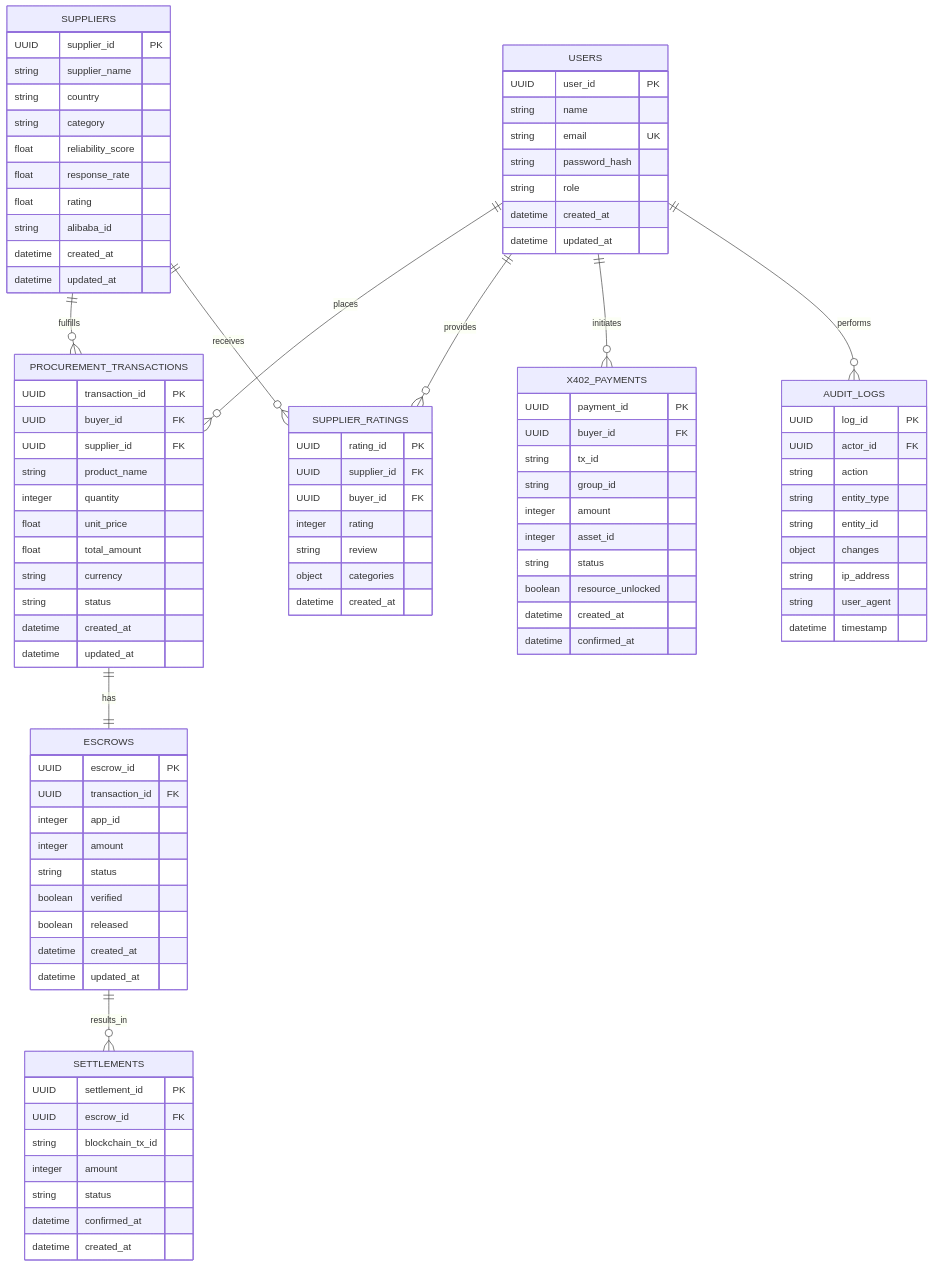
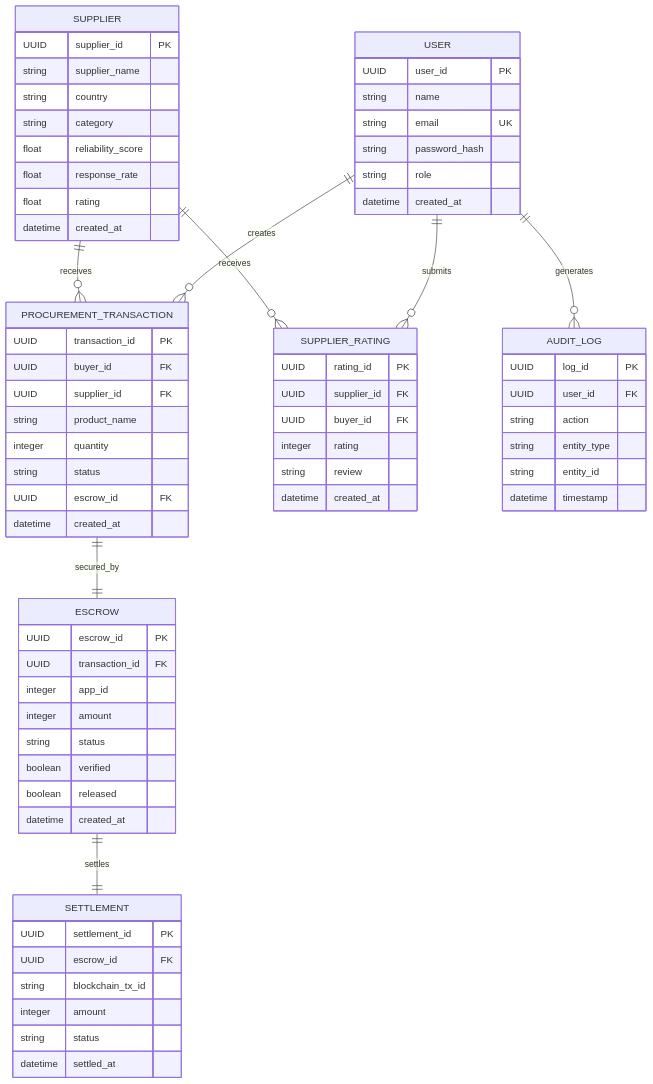
Before and after one commit to VivekGoudAdula/Procure-AI: the first of 2 diagrams in docs/DATABASE_DESIGN.md, drawn with Mermaid. The commit also changed other lines of this file, not shown here.

Commit message:
Added DB Schema Docs

````diff
--- a/docs/DATABASE_DESIGN.md
+++ b/docs/DATABASE_DESIGN.md
@@ -290,27 +125,23 @@
 ```mermaid
 erDiagram
-    USERS ||--o{ PROCUREMENT_TRANSACTIONS : "places"
-    USERS ||--o{ SUPPLIER_RATINGS : "provides"
-    USERS ||--o{ X402_PAYMENTS : "initiates"
-    USERS ||--o{ AUDIT_LOGS : "performs"
-    
-    SUPPLIERS ||--o{ PROCUREMENT_TRANSACTIONS : "fulfills"
-    SUPPLIERS ||--o{ SUPPLIER_RATINGS : "receives"
-    
-    PROCUREMENT_TRANSACTIONS ||--|| ESCROWS : "has"
-    ESCROWS ||--o{ SETTLEMENTS : "results_in"
-    
-    USERS {
+    USER ||--o{ PROCUREMENT_TRANSACTION : creates
+    SUPPLIER ||--o{ PROCUREMENT_TRANSACTION : receives
+    PROCUREMENT_TRANSACTION ||--|| ESCROW : secured_by
+    ESCROW ||--|| SETTLEMENT : settles
+    USER ||--o{ SUPPLIER_RATING : submits
+    SUPPLIER ||--o{ SUPPLIER_RATING : receives
+    USER ||--o{ AUDIT_LOG : generates
+
+    USER {
         UUID user_id PK
         string name
         string email UK
         string password_hash
         string role
         datetime created_at
-        datetime updated_at
     }
-    
-    SUPPLIERS {
+
+    SUPPLIER {
         UUID supplier_id PK
         string supplier_name
         string country
@@ -318,26 +149,21 @@
         float reliability_score
         float response_rate
         float rating
-        string alibaba_id
         datetime created_at
-        datetime updated_at
     }
-    
-    PROCUREMENT_TRANSACTIONS {
+
+    PROCUREMENT_TRANSACTION {
         UUID transaction_id PK
         UUID buyer_id FK
         UUID supplier_id FK
         string product_name
         integer quantity
-        float unit_price
-        float total_amount
-        string currency
         string status
+        UUID escrow_id FK
         datetime created_at
-        datetime updated_at
     }
-    
-    ESCROWS {
+
+    ESCROW {
         UUID escrow_id PK
         UUID transaction_id FK
         integer app_id
@@ -346,51 +172,32 @@
         boolean verified
         boolean released
         datetime created_at
-        datetime updated_at
     }
-    
-    SETTLEMENTS {
+
+    SETTLEMENT {
         UUID settlement_id PK
         UUID escrow_id FK
         string blockchain_tx_id
         integer amount
         string status
-        datetime confirmed_at
-        datetime created_at
+        datetime settled_at
     }
-    
-    SUPPLIER_RATINGS {
+
+    SUPPLIER_RATING {
         UUID rating_id PK
         UUID supplier_id FK
         UUID buyer_id FK
         integer rating
         string review
-        object categories
         datetime created_at
     }
-    
-    AUDIT_LOGS {
+
+    AUDIT_LOG {
         UUID log_id PK
-        UUID actor_id FK
+        UUID user_id FK
         string action
         string entity_type
         string entity_id
-        object changes
-        string ip_address
-        string user_agent
         datetime timestamp
     }
-    
-    X402_PAYMENTS {
-        UUID payment_id PK
-        UUID buyer_id FK
-        string tx_id
-        string group_id
-        integer amount
-        integer asset_id
-        string status
-        boolean resource_unlocked
-        datetime created_at
-        datetime confirmed_at
-    }
 ```
````
